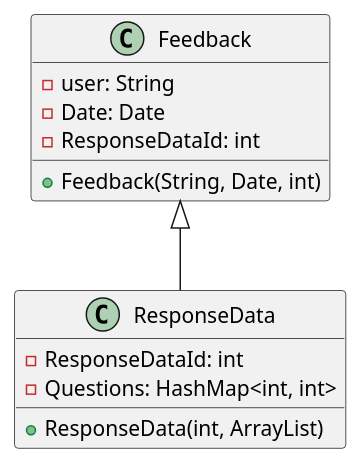
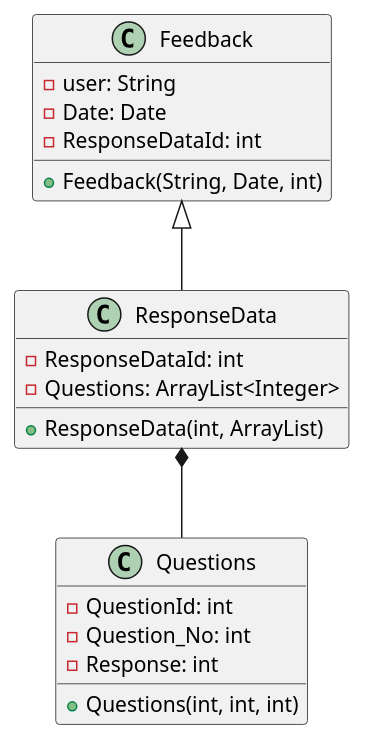
Before and after one commit to raghav19897/Feedback_DM: the diagram in src/main/java/Feedback.puml, drawn with PlantUML.

Commit message:
Edited classes

```diff
--- a/src/main/java/Feedback.puml
+++ b/src/main/java/Feedback.puml
@@ -1,16 +1,23 @@
 @startuml
 class Feedback{
 -user: String
 -Date: Date
 -ResponseDataId: int
 +Feedback(String, Date, int)
 }
 
 class ResponseData{
 -ResponseDataId: int
--Questions: HashMap<int, int>
+-Questions: ArrayList<Integer>
 +ResponseData(int, ArrayList)
 }
 
+class Questions{
+-QuestionId: int
+-Question_No: int
+-Response: int
++Questions(int, int, int)
+}
 Feedback <|-- ResponseData
+ResponseData *-- Questions
 @enduml
```
